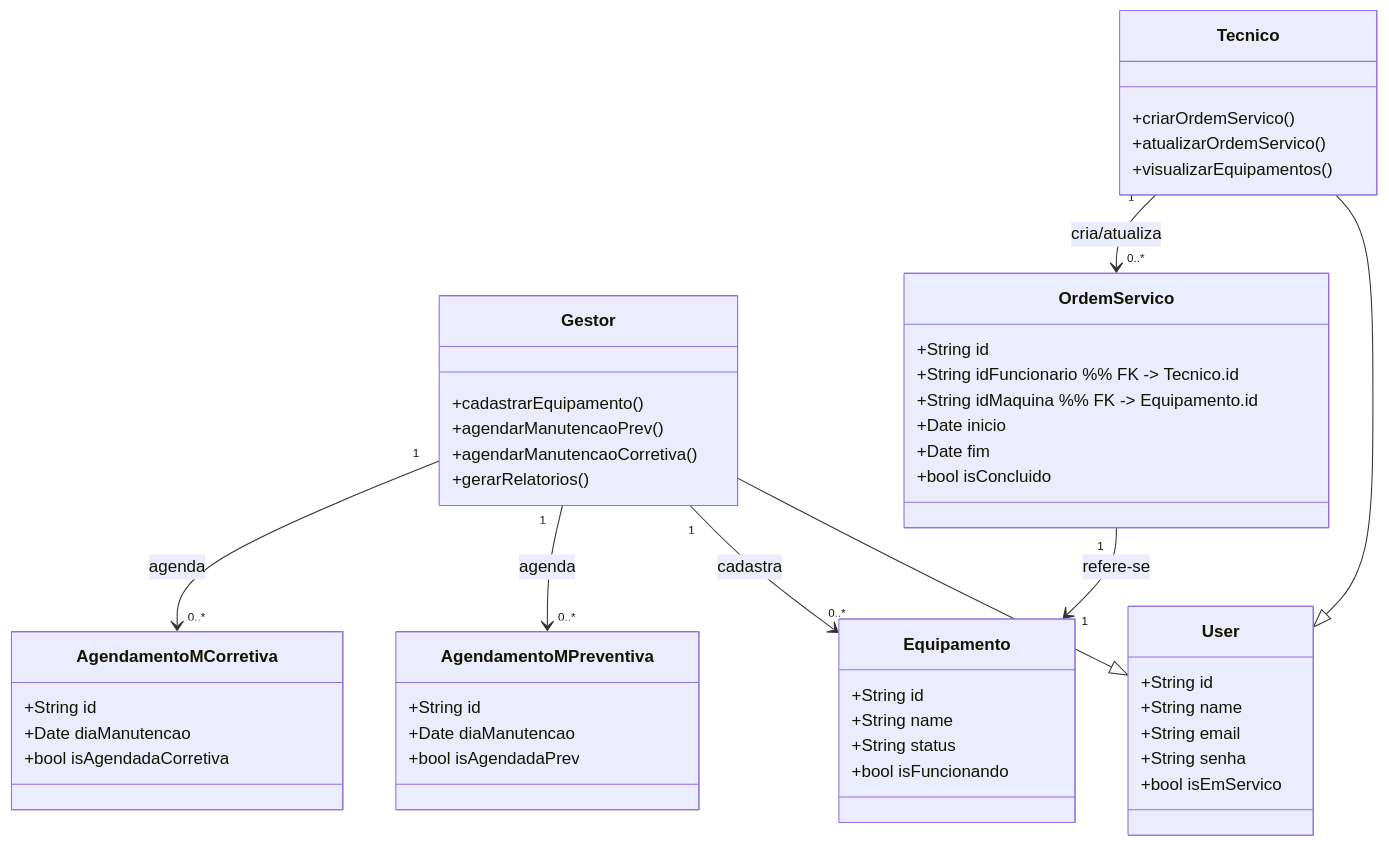
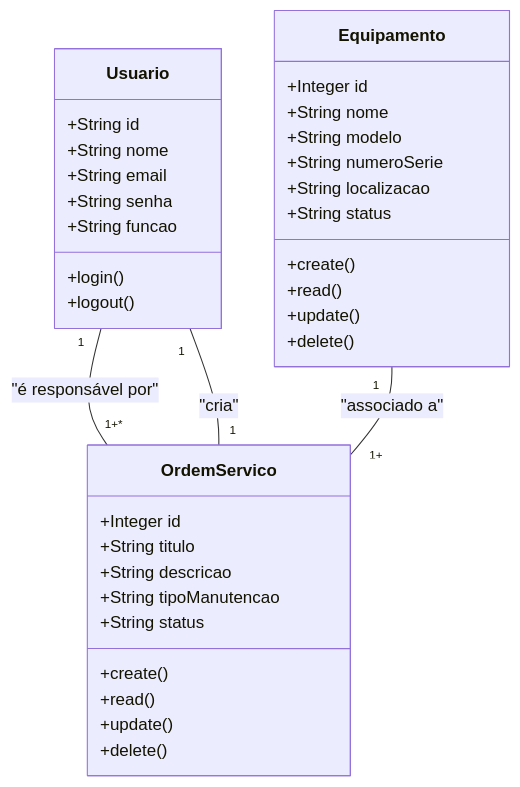
The first of 3 diagrams in Frameworks/Next/FormativaSGM/README.md (MiguelMPicinin/CursoFrontEnd), drawn with Mermaid before and after one commit. The commit also changed other lines of this file and 6 other files, not shown here.

````diff
--- a/Frameworks/Next/FormativaSGM/README.md
+++ b/Frameworks/Next/FormativaSGM/README.md
@@ -17,63 +31,42 @@
- ```mermaid
-classDiagram
-    class User {
-        +String id
-        +String name
-        +String email
-        +String senha
-        +bool isEmServico
-    }
+```mermaid
 
-    class Gestor {
-        +cadastrarEquipamento()
-        +agendarManutencaoPrev()
-        +agendarManutencaoCorretiva()
-        +gerarRelatorios()
-    }
+    classDiagram 
+        class Usuario {
+            +String id
+            +String nome
+            +String email
+            +String senha
+            +String funcao
+            +login()
+            +logout()
+        }
 
-    class Tecnico {
-        +criarOrdemServico()
-        +atualizarOrdemServico()
-        +visualizarEquipamentos()
-    }
+        class Equipamento {
+            +Integer id
+            +String nome
+            +String modelo
+            +String numeroSerie
+            +String localizacao
+            +String status
+            +create()
+            +read()
+            +update()
+            +delete()
+        }
 
-    class Equipamento {
-        +String id
-        +String name
-        +String status
-        +bool isFuncionando
-    }
+        class OrdemServico {
+            +Integer id
+            +String titulo
+            +String descricao
+            +String tipoManutencao
+            +String status
+            +create()
+            +read()
+            +update()
+            +delete()
+        }
 
-    class AgendamentoMPreventiva {
-        +String id
-        +Date diaManutencao
-        +bool isAgendadaPrev
-    }
-
-    class AgendamentoMCorretiva {
-        +String id
-        +Date diaManutencao
-        +bool isAgendadaCorretiva
-    }
-
-    class OrdemServico {
-        +String id
-        +String idFuncionario  %% FK -> Tecnico.id
-        +String idMaquina      %% FK -> Equipamento.id
-        +Date inicio
-        +Date fim
-        +bool isConcluido
-    }
-
-    %% Herança
-    Gestor --|> User
-    Tecnico --|> User
-
-    %% Relacionamentos
-    Gestor "1" --> "0..*" Equipamento : cadastra
-    Gestor "1" --> "0..*" AgendamentoMPreventiva : agenda
-    Gestor "1" --> "0..*" AgendamentoMCorretiva : agenda
-
-    Tecnico "1" --> "0..*" OrdemServico : cria/atualiza
-    OrdemServico "1" --> "1" Equipamento : refere-se
+        Usuario "1" -- "1+*" OrdemServico : "é responsável por"
+        Equipamento "1" -- "1+" OrdemServico : "associado a"
+        Usuario "1" -- "1" OrdemServico : "cria"
 ```
````
